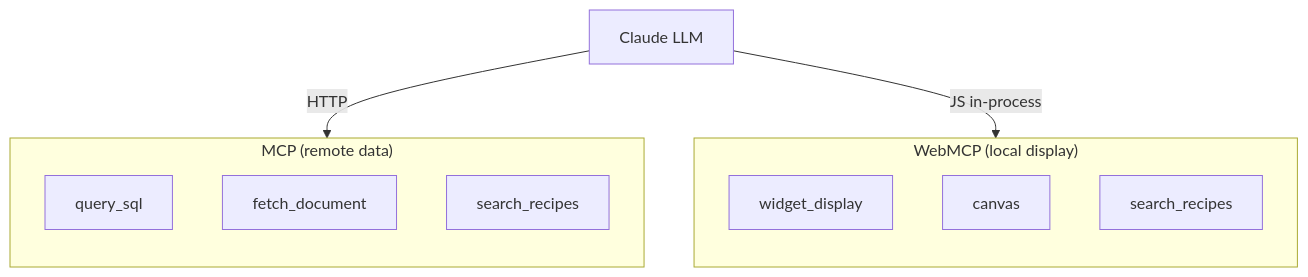
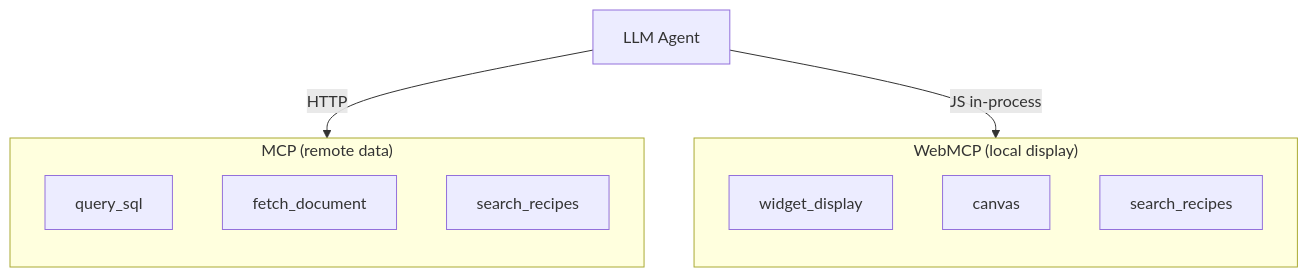
The first of 11 diagrams in docs-site/src/content/docs/en/tutorials/architecture-mcp-webmcp.mdx (jeanbaptiste/webmcp-auto-ui), drawn with Mermaid before and after one commit. The commit also changed other lines of this file and 131 other files, not shown here.

````diff
--- a/docs-site/src/content/docs/en/tutorials/architecture-mcp-webmcp.mdx
+++ b/docs-site/src/content/docs/en/tutorials/architecture-mcp-webmcp.mdx
@@ -38,19 +38,19 @@
 ```mermaid
 graph TB
     subgraph MCP ["MCP (remote data)"]
         direction TB
         M1[query_sql]
         M2[fetch_document]
         M3[search_recipes]
     end
 
     subgraph WebMCP ["WebMCP (local display)"]
         direction TB
         W1[widget_display]
         W2[canvas]
         W3[search_recipes]
     end
 
-    LLM[Claude LLM] -->|HTTP| MCP
+    LLM[LLM Agent] -->|HTTP| MCP
     LLM -->|JS in-process| WebMCP
 ```
````
